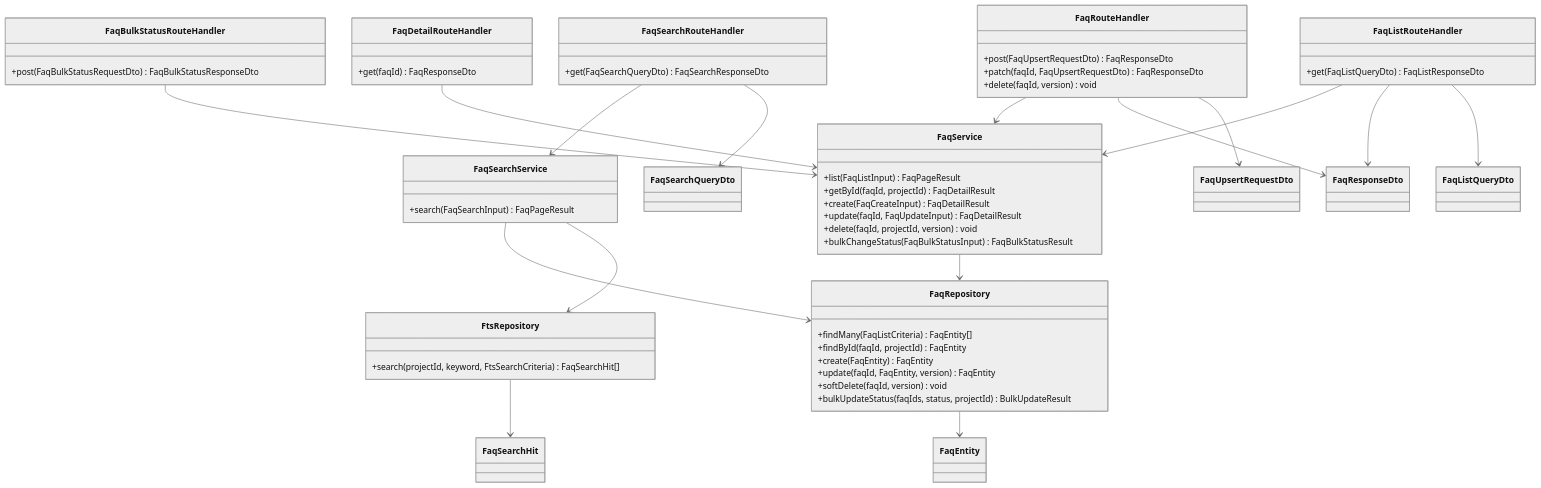
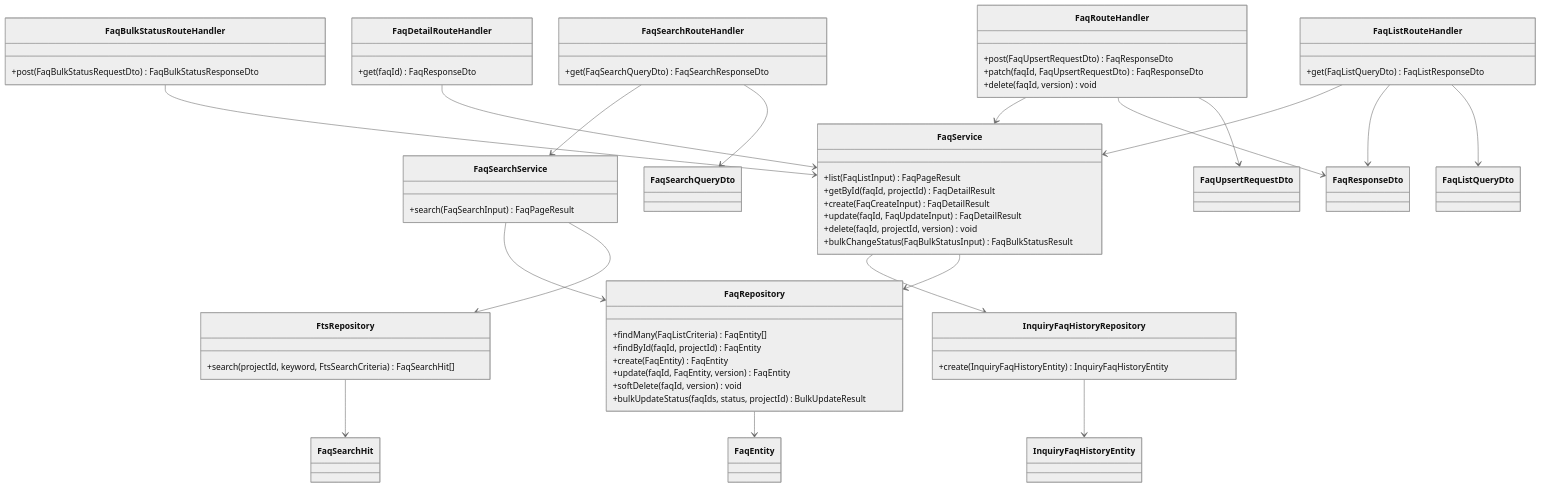
One commit to sikakou54/open-faq changed the diagram in 03_detail_design/10_class/CLS-005.md. Above: the diagram before and after it, drawn with Mermaid (neutral theme). The commit also changed other lines of this file and 29 other files, not shown here.

````diff
--- a/03_detail_design/10_class/CLS-005.md
+++ b/03_detail_design/10_class/CLS-005.md
@@ -34,61 +34,66 @@
 ```mermaid
 classDiagram
     class FaqListRouteHandler {
         +get(FaqListQueryDto) FaqListResponseDto
     }
     class FaqSearchRouteHandler {
         +get(FaqSearchQueryDto) FaqSearchResponseDto
     }
     class FaqDetailRouteHandler {
         +get(faqId) FaqResponseDto
     }
     class FaqRouteHandler {
         +post(FaqUpsertRequestDto) FaqResponseDto
         +patch(faqId, FaqUpsertRequestDto) FaqResponseDto
         +delete(faqId, version) void
     }
     class FaqBulkStatusRouteHandler {
         +post(FaqBulkStatusRequestDto) FaqBulkStatusResponseDto
     }
     class FaqService {
         +list(FaqListInput) FaqPageResult
         +getById(faqId, projectId) FaqDetailResult
         +create(FaqCreateInput) FaqDetailResult
         +update(faqId, FaqUpdateInput) FaqDetailResult
         +delete(faqId, projectId, version) void
         +bulkChangeStatus(FaqBulkStatusInput) FaqBulkStatusResult
     }
     class FaqSearchService {
         +search(FaqSearchInput) FaqPageResult
     }
     class FaqRepository {
         +findMany(FaqListCriteria) FaqEntity[]
         +findById(faqId, projectId) FaqEntity
         +create(FaqEntity) FaqEntity
         +update(faqId, FaqEntity, version) FaqEntity
         +softDelete(faqId, version) void
         +bulkUpdateStatus(faqIds, status, projectId) BulkUpdateResult
     }
     class FtsRepository {
         +search(projectId, keyword, FtsSearchCriteria) FaqSearchHit[]
     }
+    class InquiryFaqHistoryRepository {
+        +create(InquiryFaqHistoryEntity) InquiryFaqHistoryEntity
+    }
     class FaqListQueryDto
     class FaqSearchQueryDto
     class FaqUpsertRequestDto
     class FaqResponseDto
     FaqListRouteHandler --> FaqListQueryDto
     FaqListRouteHandler --> FaqResponseDto
     FaqListRouteHandler --> FaqService
     FaqSearchRouteHandler --> FaqSearchQueryDto
     FaqSearchRouteHandler --> FaqSearchService
     FaqDetailRouteHandler --> FaqService
     FaqRouteHandler --> FaqUpsertRequestDto
     FaqRouteHandler --> FaqResponseDto
     FaqRouteHandler --> FaqService
     FaqBulkStatusRouteHandler --> FaqService
     FaqService --> FaqRepository
+    FaqService --> InquiryFaqHistoryRepository
     FaqSearchService --> FtsRepository
     FaqSearchService --> FaqRepository
     FaqRepository --> FaqEntity
     FtsRepository --> FaqSearchHit
+    InquiryFaqHistoryRepository --> InquiryFaqHistoryEntity
 ```
````
